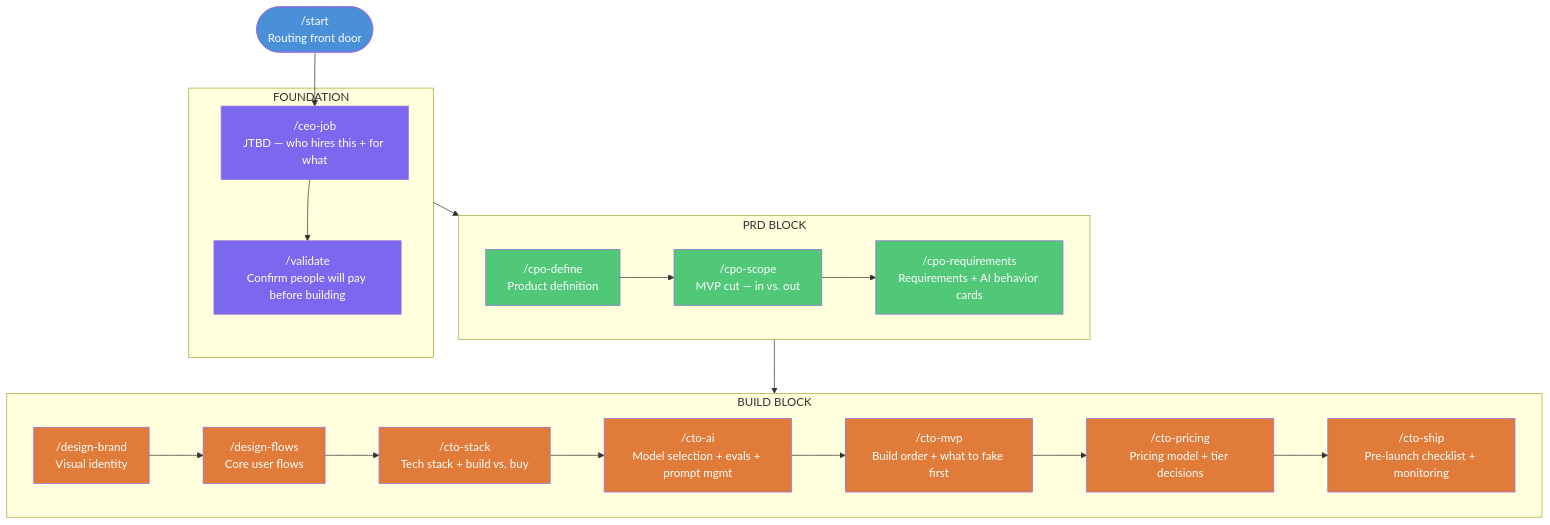
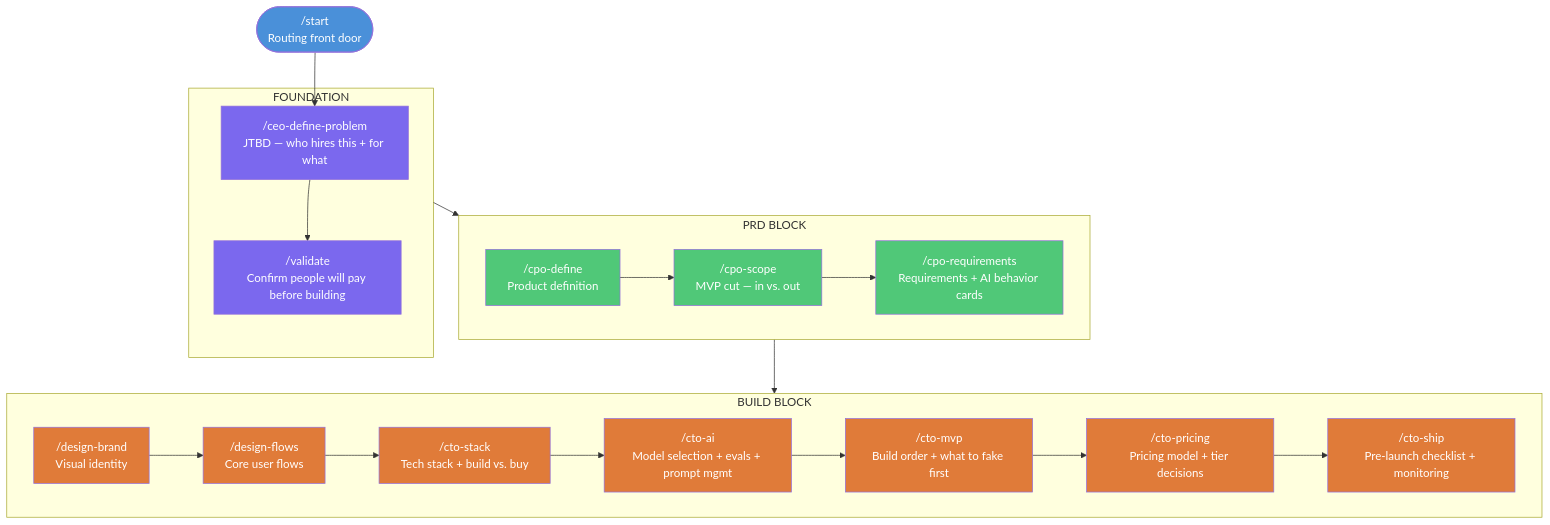
One commit to PattyOBrienNovak/WDAI-business-pdt-workflows changed the first of 2 diagrams in MVP-Spec-June-9.md. Above: the diagram before and after it, drawn with Mermaid. The commit also changed other lines of this file and 4 other files, not shown here.

First line of the commit message:
Rename /ceo-job → /ceo-define-problem across all docs

````diff
--- a/MVP-Spec-June-9.md
+++ b/MVP-Spec-June-9.md
@@ -16,42 +16,42 @@
 ```mermaid
 flowchart TD
     START(["/start\nRouting front door"]):::infra
 
     START --> CEO
 
     subgraph FOUNDATION ["FOUNDATION"]
-        CEO["/ceo-job\nJTBD — who hires this + for what"]
+        CEO["/ceo-define-problem\nJTBD — who hires this + for what"]
         VAL["/validate\nConfirm people will pay before building"]
         CEO --> VAL
     end
 
     subgraph PRD ["PRD BLOCK"]
         CPO1["/cpo-define\nProduct definition"]
         CPO2["/cpo-scope\nMVP cut — in vs. out"]
         CPO3["/cpo-requirements\nRequirements + AI behavior cards"]
         CPO1 --> CPO2 --> CPO3
     end
 
     subgraph BUILD ["BUILD BLOCK"]
         DES1["/design-brand\nVisual identity"]
         DES2["/design-flows\nCore user flows"]
         CTO1["/cto-stack\nTech stack + build vs. buy"]
         CTO2["/cto-ai\nModel selection + evals + prompt mgmt"]
         CTO3["/cto-mvp\nBuild order + what to fake first"]
         CTO4["/cto-pricing\nPricing model + tier decisions"]
         CTO5["/cto-ship\nPre-launch checklist + monitoring"]
         DES1 --> DES2 --> CTO1 --> CTO2 --> CTO3 --> CTO4 --> CTO5
     end
 
     FOUNDATION --> PRD
     PRD --> BUILD
 
     classDef infra fill:#4A90D9,color:#fff
     classDef foundation fill:#7B68EE,color:#fff
     classDef prd fill:#50C878,color:#fff
     classDef build fill:#E07B39,color:#fff
     class START infra
     class CEO,VAL foundation
     class CPO1,CPO2,CPO3 prd
     class DES1,DES2,CTO1,CTO2,CTO3,CTO4,CTO5 build
 ```
````
